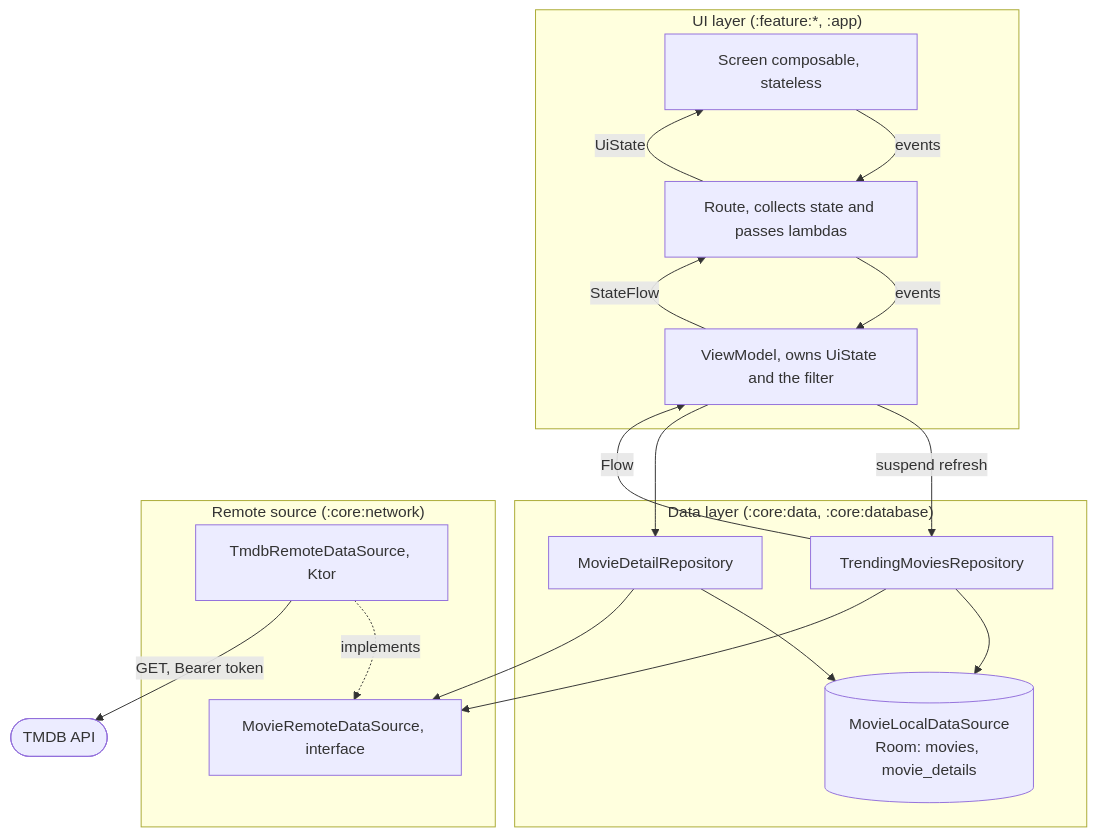
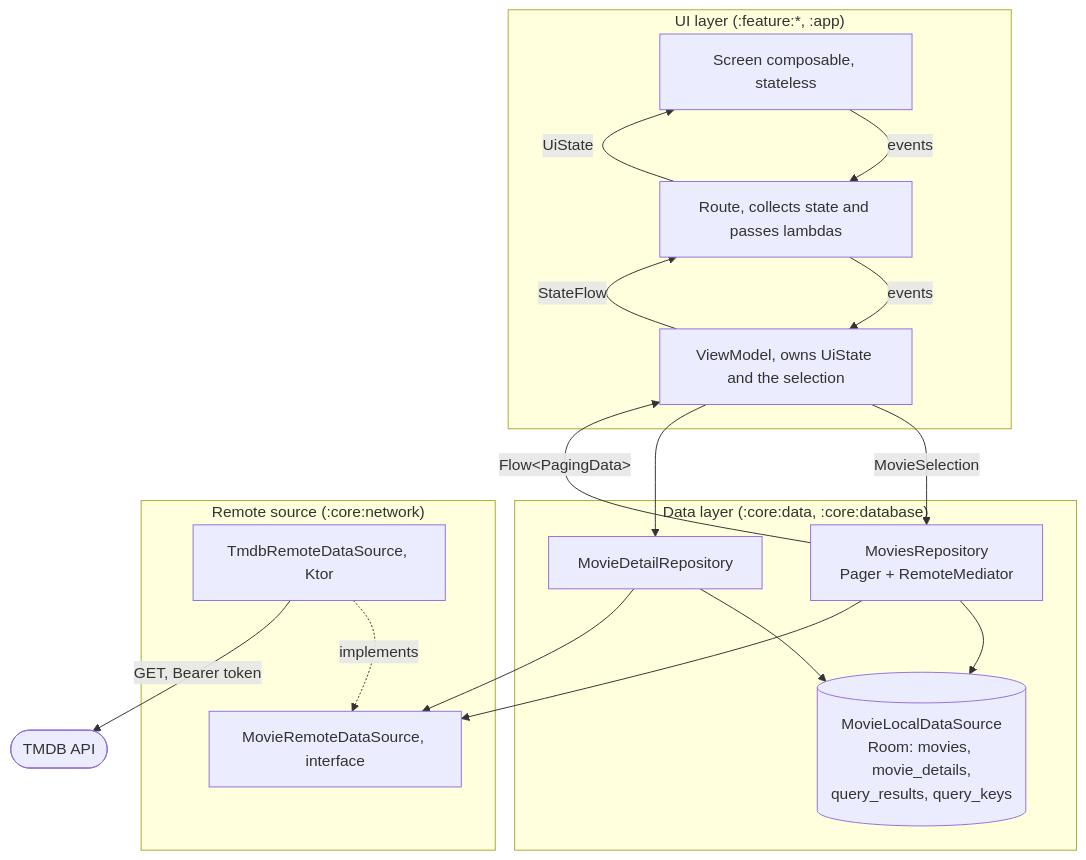
Before and after one commit to shayanhimself/AMRO: the second of 3 diagrams in docs/architecture.md, drawn with Mermaid. The commit also changed other lines of this file and 202 other files, not shown here.

````diff
--- a/docs/architecture.md
+++ b/docs/architecture.md
@@ -84,37 +84,37 @@
 ```mermaid
 graph TD
     subgraph UILAYER["UI layer (:feature:*, :app)"]
         Screen["Screen composable, stateless"]
         Route["Route, collects state and passes lambdas"]
-        VM["ViewModel, owns UiState and the filter"]
+        VM["ViewModel, owns UiState and the selection"]
     end
 
     subgraph DATALAYER["Data layer (:core:data, :core:database)"]
-        TrendingRepo["TrendingMoviesRepository"]
+        MoviesRepo["MoviesRepository<br/>Pager + RemoteMediator"]
         DetailRepo["MovieDetailRepository"]
-        Room[("MovieLocalDataSource<br/>Room: movies, movie_details")]
+        Room[("MovieLocalDataSource<br/>Room: movies, movie_details,<br/>query_results, query_keys")]
     end
 
     subgraph SOURCE["Remote source (:core:network)"]
         Contract["MovieRemoteDataSource, interface"]
         Tmdb["TmdbRemoteDataSource, Ktor"]
     end
 
     API(["TMDB API"])
 
     Screen -->|events| Route
     Route -->|events| VM
     Route -->|UiState| Screen
     VM -->|StateFlow| Route
 
-    VM -->|"suspend refresh"| TrendingRepo
-    TrendingRepo -->|Flow| VM
+    VM -->|MovieSelection| MoviesRepo
+    MoviesRepo -->|"Flow&lt;PagingData&gt;"| VM
     VM --> DetailRepo
 
-    TrendingRepo --> Room
-    TrendingRepo --> Contract
+    MoviesRepo --> Room
+    MoviesRepo --> Contract
     DetailRepo --> Room
     DetailRepo --> Contract
     Tmdb -.->|implements| Contract
     Tmdb -->|"GET, Bearer token"| API
 ```
````
